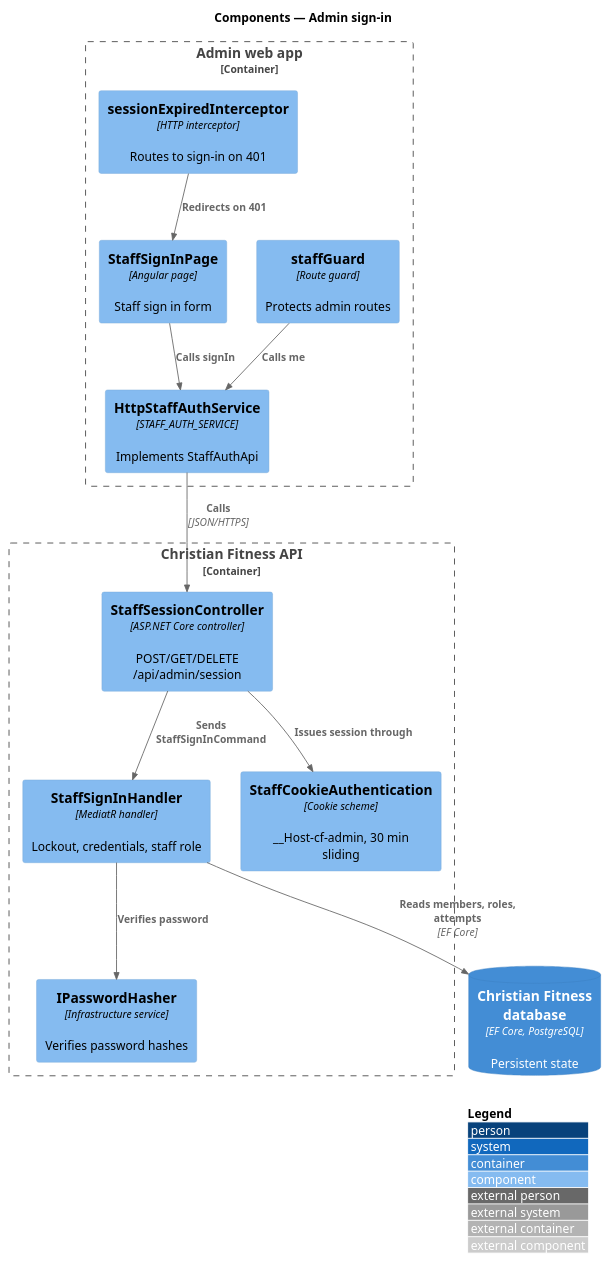
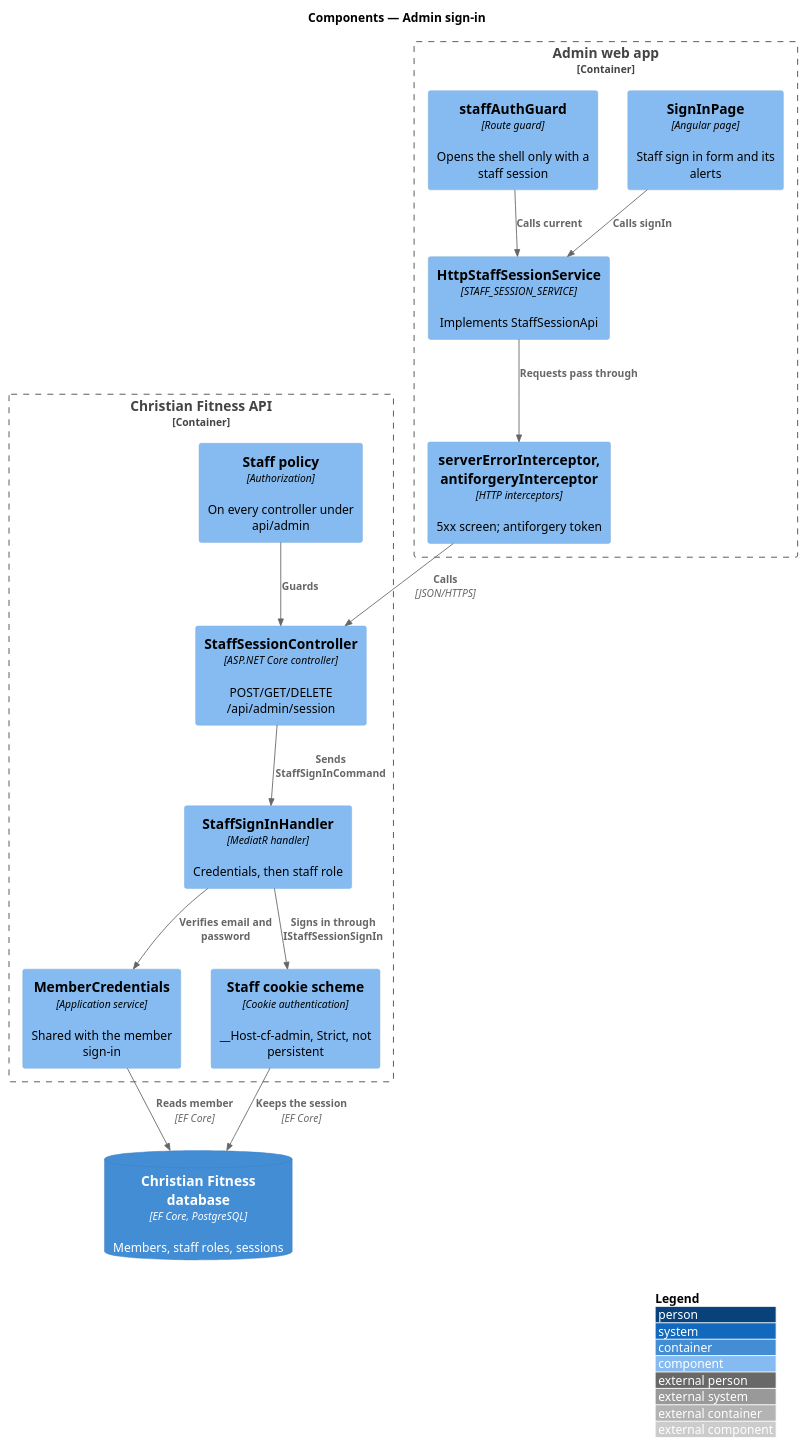
The diagram in docs/detailed-designs/admin-access/admin-sign-in/diagrams/c4-component.puml (QuinntyneBrown/christian-fitness), drawn with PlantUML before and after one commit. The commit also changed 77 other files, not shown here.

First line of the commit message:
Align requirements, designs and mocks with staff sign-in

```diff
--- a/docs/detailed-designs/admin-access/admin-sign-in/diagrams/c4-component.puml
+++ b/docs/detailed-designs/admin-access/admin-sign-in/diagrams/c4-component.puml
@@ -1,28 +1,31 @@
 @startuml
 !include <C4/C4_Component>
 LAYOUT_WITH_LEGEND()
 title Components — Admin sign-in
 
 Container_Boundary(admin, "Admin web app") {
-  Component(page, "StaffSignInPage", "Angular page", "Staff sign in form")
-  Component(svc, "HttpStaffAuthService", "STAFF_AUTH_SERVICE", "Implements StaffAuthApi")
-  Component(guard, "staffGuard", "Route guard", "Protects admin routes")
-  Component(icpt, "sessionExpiredInterceptor", "HTTP interceptor", "Routes to sign-in on 401")
+  Component(page, "SignInPage", "Angular page", "Staff sign in form and its alerts")
+  Component(svc, "HttpStaffSessionService", "STAFF_SESSION_SERVICE", "Implements StaffSessionApi")
+  Component(guard, "staffAuthGuard", "Route guard", "Opens the shell only with a staff session")
+  Component(icpt, "serverErrorInterceptor, antiforgeryInterceptor", "HTTP interceptors", "5xx screen; antiforgery token")
 }
 Container_Boundary(api, "Christian Fitness API") {
   Component(ctrl, "StaffSessionController", "ASP.NET Core controller", "POST/GET/DELETE /api/admin/session")
-  Component(handler, "StaffSignInHandler", "MediatR handler", "Lockout, credentials, staff role")
-  Component(hasher, "IPasswordHasher", "Infrastructure service", "Verifies password hashes")
-  Component(cookie, "StaffCookieAuthentication", "Cookie scheme", "__Host-cf-admin, 30 min sliding")
+  Component(policy, "Staff policy", "Authorization", "On every controller under api/admin")
+  Component(handler, "StaffSignInHandler", "MediatR handler", "Credentials, then staff role")
+  Component(creds, "MemberCredentials", "Application service", "Shared with the member sign-in")
+  Component(cookie, "Staff cookie scheme", "Cookie authentication", "__Host-cf-admin, Strict, not persistent")
 }
-ContainerDb(db, "Christian Fitness database", "EF Core, PostgreSQL", "Persistent state")
+ContainerDb(db, "Christian Fitness database", "EF Core, PostgreSQL", "Members, staff roles, sessions")
 
 Rel(page, svc, "Calls signIn")
-Rel(guard, svc, "Calls me")
-Rel(svc, ctrl, "Calls", "JSON/HTTPS")
-Rel(icpt, page, "Redirects on 401")
+Rel(guard, svc, "Calls current")
+Rel(svc, icpt, "Requests pass through")
+Rel(icpt, ctrl, "Calls", "JSON/HTTPS")
+Rel(policy, ctrl, "Guards")
 Rel(ctrl, handler, "Sends StaffSignInCommand")
-Rel(handler, hasher, "Verifies password")
-Rel(ctrl, cookie, "Issues session through")
-Rel(handler, db, "Reads members, roles, attempts", "EF Core")
+Rel(handler, creds, "Verifies email and password")
+Rel(handler, cookie, "Signs in through IStaffSessionSignIn")
+Rel(creds, db, "Reads member", "EF Core")
+Rel(cookie, db, "Keeps the session", "EF Core")
 @enduml
```
